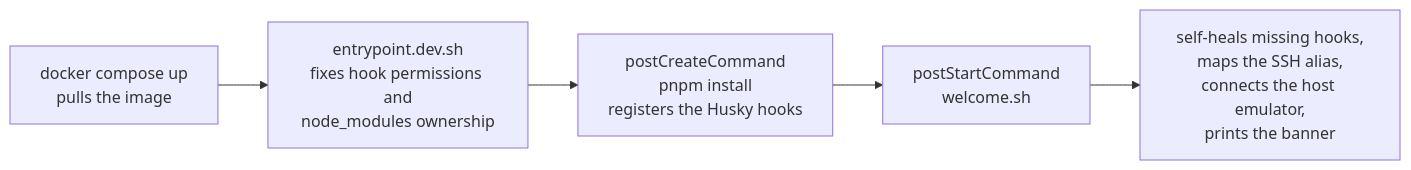
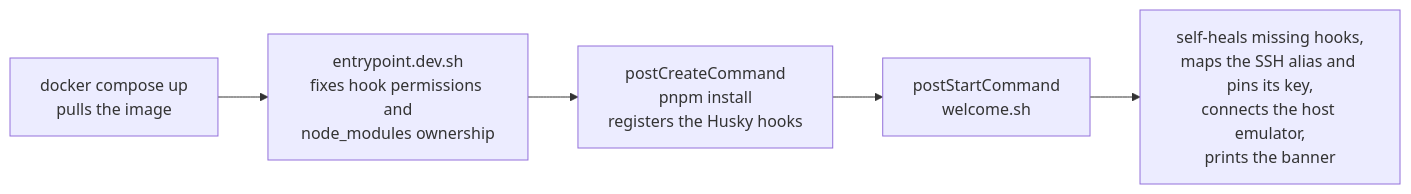
The third of 12 diagrams in README.md (alihaidar0/flutter-template), drawn with Mermaid before and after one commit. The commit also changed other lines of this file and 3 other files, not shown here.

First line of the commit message:
fix(devcontainer): pin the SSH key of the repository's account

````diff
--- a/README.md
+++ b/README.md
@@ -143,7 +143,7 @@
 ```mermaid
 flowchart LR
     S1["docker compose up<br/>pulls the image"] --> S2["entrypoint.dev.sh<br/>fixes hook permissions and<br/>node_modules ownership"]
     S2 --> S3["postCreateCommand<br/>pnpm install<br/>registers the Husky hooks"]
     S3 --> S4["postStartCommand<br/>welcome.sh"]
-    S4 --> S5["self-heals missing hooks,<br/>maps the SSH alias,<br/>connects the host emulator,<br/>prints the banner"]
+    S4 --> S5["self-heals missing hooks,<br/>maps the SSH alias and pins its key,<br/>connects the host emulator,<br/>prints the banner"]
 ```
````
